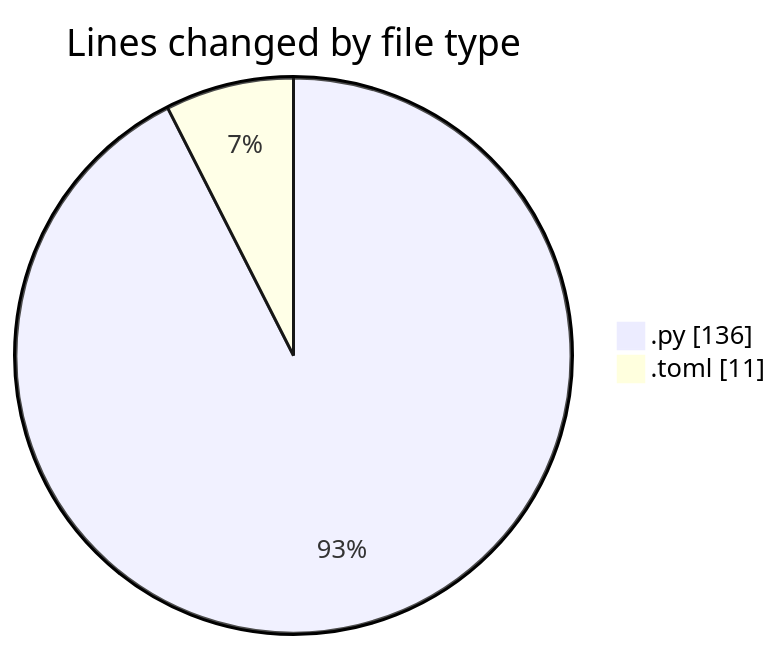
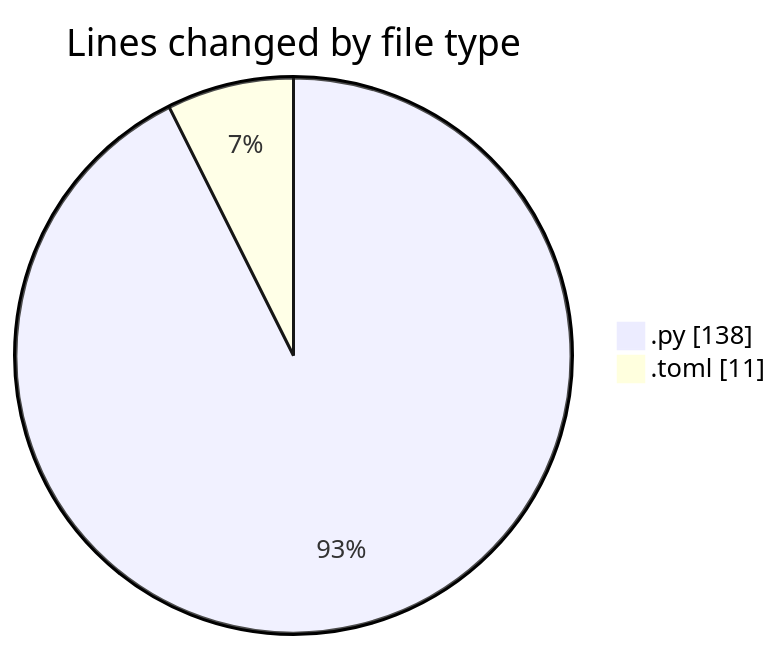
One commit to trdunsworth/code-tracking changed the first of 2 diagrams in 2025-04-09/synth_dist/README.md. Above: the diagram before and after it, drawn with Mermaid. The commit also changed other lines of this file and 1 other file, not shown here.

````diff
--- a/2025-04-09/synth_dist/README.md
+++ b/2025-04-09/synth_dist/README.md
@@ -22,6 +22,6 @@
 ```mermaid
 pie showData
 title Lines changed by file type
-".py" : 136
+".py" : 138
 ".toml" : 11
 ```
````
